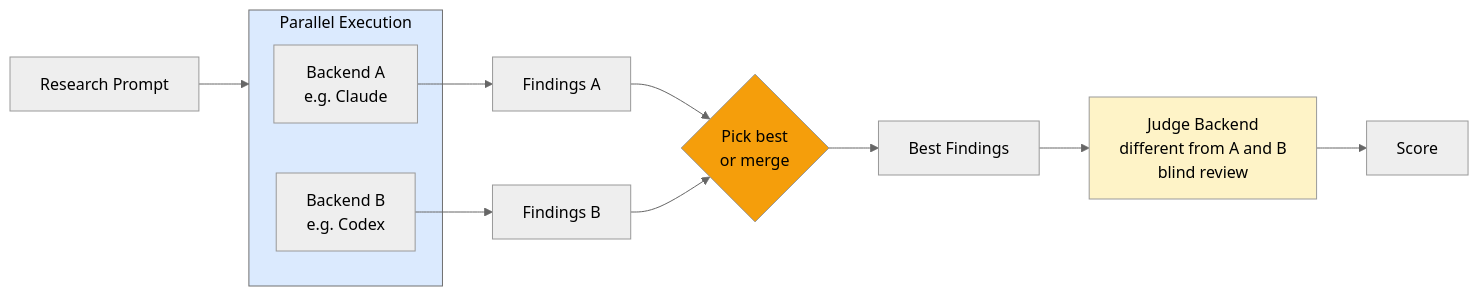
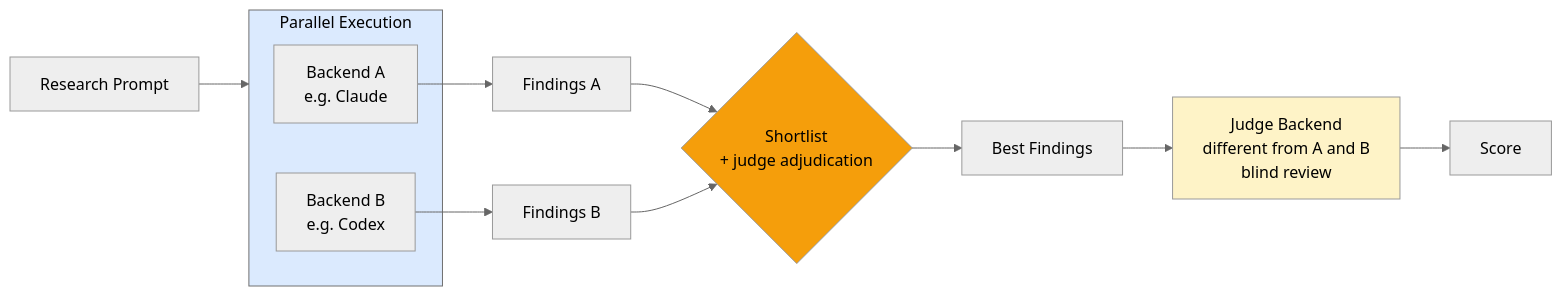
Before and after one commit to josefigueredo/auto-research: the fourth of 8 diagrams in README.md, drawn with Mermaid (neutral theme). The commit also changed other lines of this file and 16 other files, not shown here.

````diff
--- a/README.md
+++ b/README.md
@@ -462,23 +533,23 @@
 ```mermaid
 flowchart LR
     PROMPT[Research Prompt] --> PAR
 
     subgraph PAR ["Parallel Execution"]
         A[Backend A<br>e.g. Claude]
         B[Backend B<br>e.g. Codex]
     end
 
     A --> RA[Findings A]
     B --> RB[Findings B]
 
-    RA --> SEL{Pick best<br>or merge}
+    RA --> SEL{Shortlist<br>+ judge adjudication}
     RB --> SEL
 
     SEL --> FINDINGS[Best Findings]
     FINDINGS --> JUDGE[Judge Backend<br>different from A and B<br>blind review]
     JUDGE --> SCORE[Score]
 
     style PAR fill:#dbeafe,color:#000
     style JUDGE fill:#fef3c7,color:#000
     style SEL fill:#f59e0b,color:#000
 ```
````
